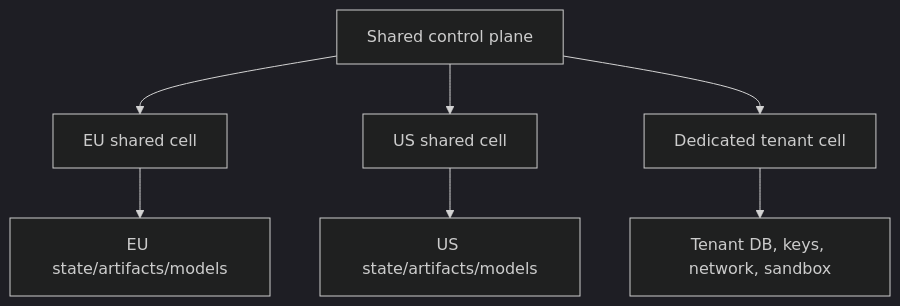
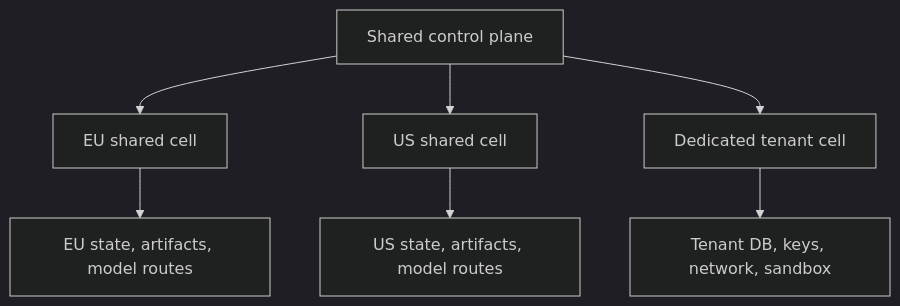
Diagram 12 of 15 in diagrams/index.mdx (thaithienvanid/agentic-reference-architecture), drawn with Mermaid (dark theme) before and after one commit. The commit also changed other lines of this file, not shown here.

Commit message:
align diagram pack with canonical documentation and runtime model

````diff
--- a/diagrams/index.mdx
+++ b/diagrams/index.mdx
@@ -205,9 +232,9 @@
 ```mermaid
 flowchart TB
   Control["Shared control plane"] --> EU["EU shared cell"]
   Control --> US["US shared cell"]
   Control --> Dedicated["Dedicated tenant cell"]
-  EU --> EUData["EU state/artifacts/models"]
-  US --> USData["US state/artifacts/models"]
+  EU --> EUData["EU state, artifacts, model routes"]
+  US --> USData["US state, artifacts, model routes"]
   Dedicated --> Private["Tenant DB, keys, network, sandbox"]
 ```
````
